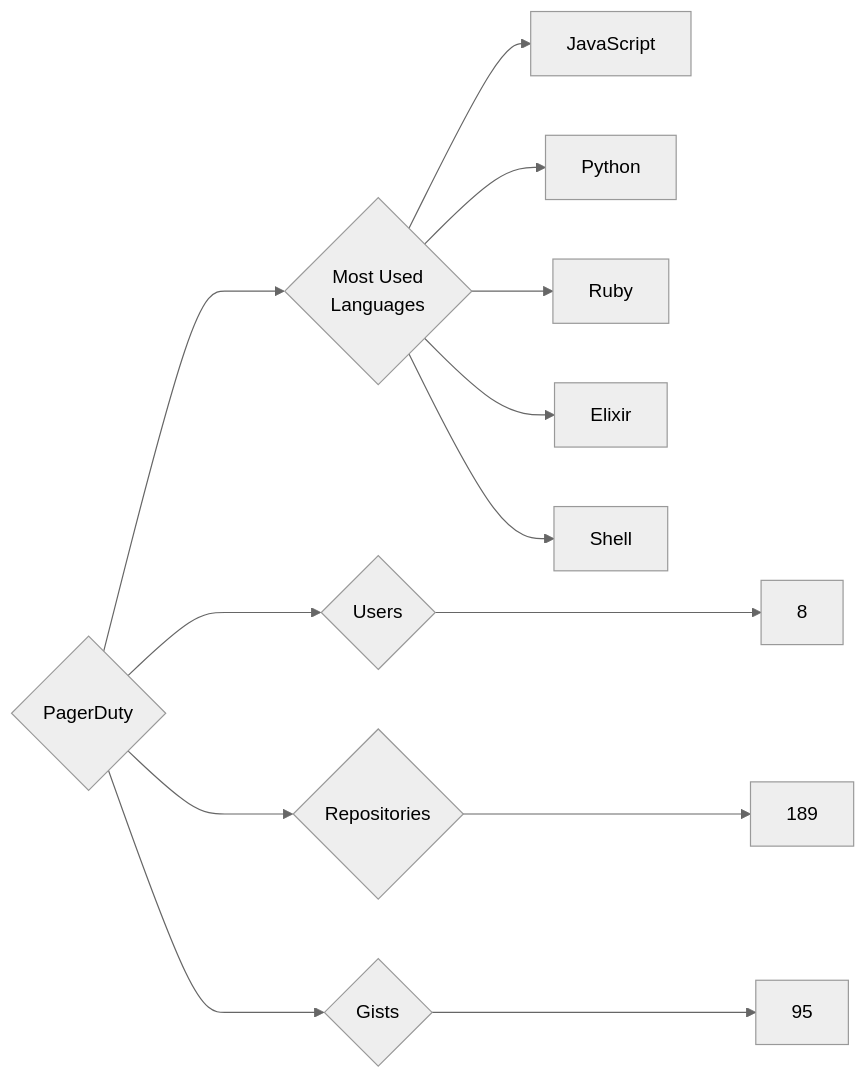
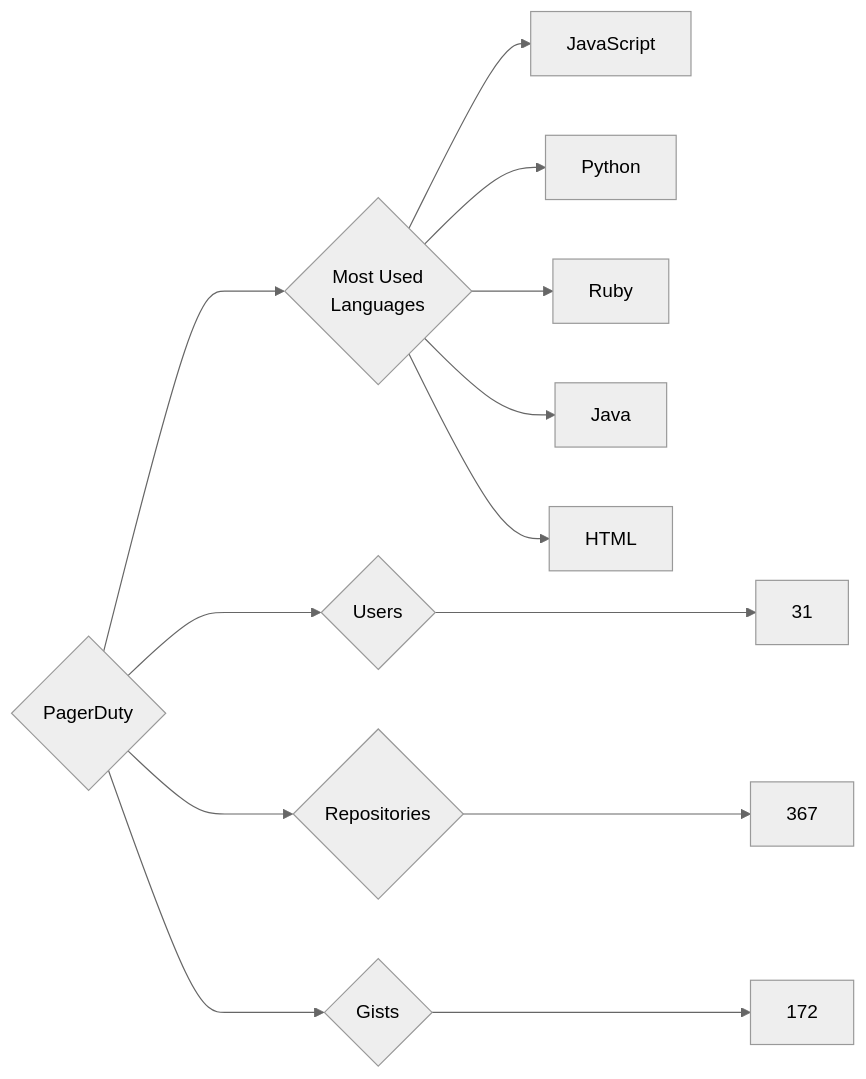
Before and after one commit to trickest/insiders: the diagram in targets/PagerDuty/README.md, drawn with Mermaid (neutral theme). The commit also changed 955 other files, not shown here.

````diff
--- a/targets/PagerDuty/README.md
+++ b/targets/PagerDuty/README.md
@@ -3,13 +3,13 @@
 ```mermaid
 graph LR
 COMPANY_NAME{PagerDuty}
-COMPANY_NAME ---> U{Users} ---> UN[8]
-COMPANY_NAME ---> R{Repositories} ---> RN[189]
-COMPANY_NAME ---> G{Gists} ---> GN[95]
+COMPANY_NAME ---> U{Users} ---> UN[31]
+COMPANY_NAME ---> R{Repositories} ---> RN[367]
+COMPANY_NAME ---> G{Gists} ---> GN[172]
 COMPANY_NAME ---> ML{Most Used<br>Languages}
 ML --> JavaScript[JavaScript]
 ML --> Python[Python]
 ML --> Ruby[Ruby]
-ML --> Elixir[Elixir]
-ML --> Shell[Shell]
+ML --> Java[Java]
+ML --> HTML[HTML]
 ```
````
